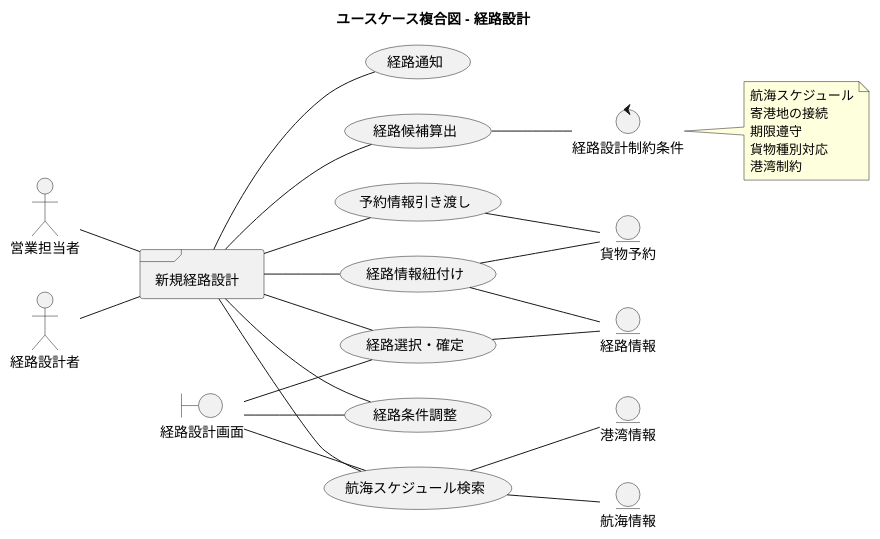
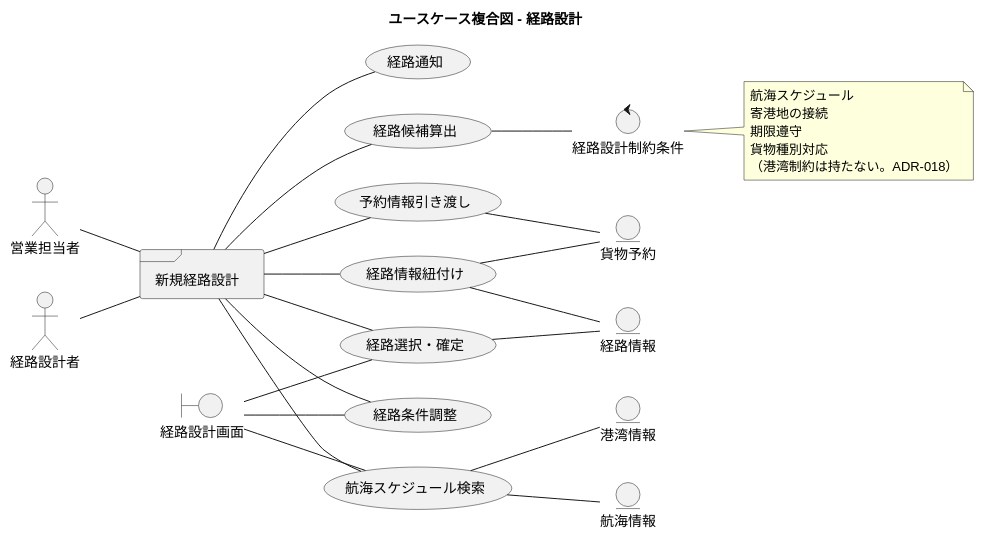
Diagram 16 of 21 in docs/requirements/requirements_definition.md (k2works/case-study-cargo-tracker), drawn with PlantUML before and after one commit. The commit also changed other lines of this file and 9 other files, not shown here.

````diff
--- a/docs/requirements/requirements_definition.md
+++ b/docs/requirements/requirements_definition.md
@@ -863,56 +865,56 @@
 ```plantuml
 @startuml
 
 title ユースケース複合図 - 経路設計
 
 left to right direction
 
 actor 営業担当者 as sales
 actor 経路設計者 as route_designer
 
 frame "新規経路設計" as f_r01
 usecase "予約情報引き渡し" as UC_R01
 usecase "航海スケジュール検索" as UC_R02
 usecase "経路候補算出" as UC_R03
 usecase "経路選択・確定" as UC_R04
 usecase "経路条件調整" as UC_R05
 usecase "経路情報紐付け" as UC_R06
 usecase "経路通知" as UC_R07
 boundary "経路設計画面" as b_r01
 entity "貨物予約" as e_r01
 entity "経路情報" as e_r02
 entity "航海情報" as e_r03
 entity "港湾情報" as e_r04
 control "経路設計制約条件" as c_r01
 note right of c_r01
   航海スケジュール
   寄港地の接続
   期限遵守
   貨物種別対応
-  港湾制約
+  （港湾制約は持たない。ADR-018）
 end note
 
 sales -- f_r01
 route_designer -- f_r01
 f_r01 -- UC_R01
 f_r01 -- UC_R02
 f_r01 -- UC_R03
 f_r01 -- UC_R04
 f_r01 -- UC_R05
 f_r01 -- UC_R06
 f_r01 -- UC_R07
 
 b_r01 -- UC_R02
 b_r01 -- UC_R04
 b_r01 -- UC_R05
 
 UC_R01 -- e_r01
 UC_R02 -- e_r03
 UC_R02 -- e_r04
 UC_R03 -- c_r01
 UC_R04 -- e_r02
 UC_R06 -- e_r01
 UC_R06 -- e_r02
 
 @enduml
 ```
````
